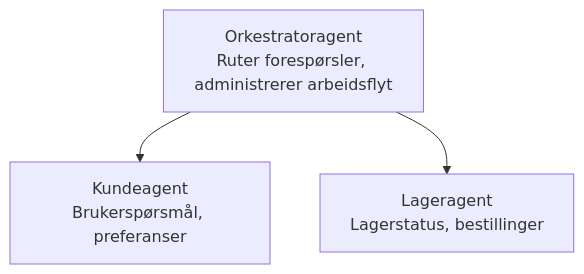
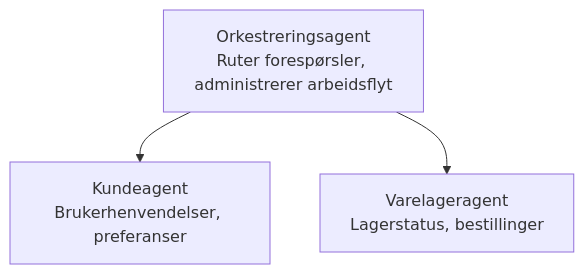
One commit to microsoft/AZD-for-beginners changed the diagram in translations/no/docs/chapter-05-multi-agent/README.md. Above: the diagram before and after it, drawn with Mermaid. The commit also changed other lines of this file and 61 other files, not shown here.

````diff
--- a/translations/no/docs/chapter-05-multi-agent/README.md
+++ b/translations/no/docs/chapter-05-multi-agent/README.md
@@ -54,5 +54,5 @@
 ```mermaid
 graph TD
-    Orchestrator[Orkestratoragent<br/>Ruter forespørsler, administrerer arbeidsflyt] --> Customer[Kundeagent<br/>Brukerspørsmål, preferanser]
-    Orchestrator --> Inventory[Lageragent<br/>Lagerstatus, bestillinger]
+    Orchestrator[Orkestreringsagent<br/>Ruter forespørsler, administrerer arbeidsflyt] --> Customer[Kundeagent<br/>Brukerhenvendelser, preferanser]
+    Orchestrator --> Inventory[Varelageragent<br/>Lagerstatus, bestillinger]
 ```
````
